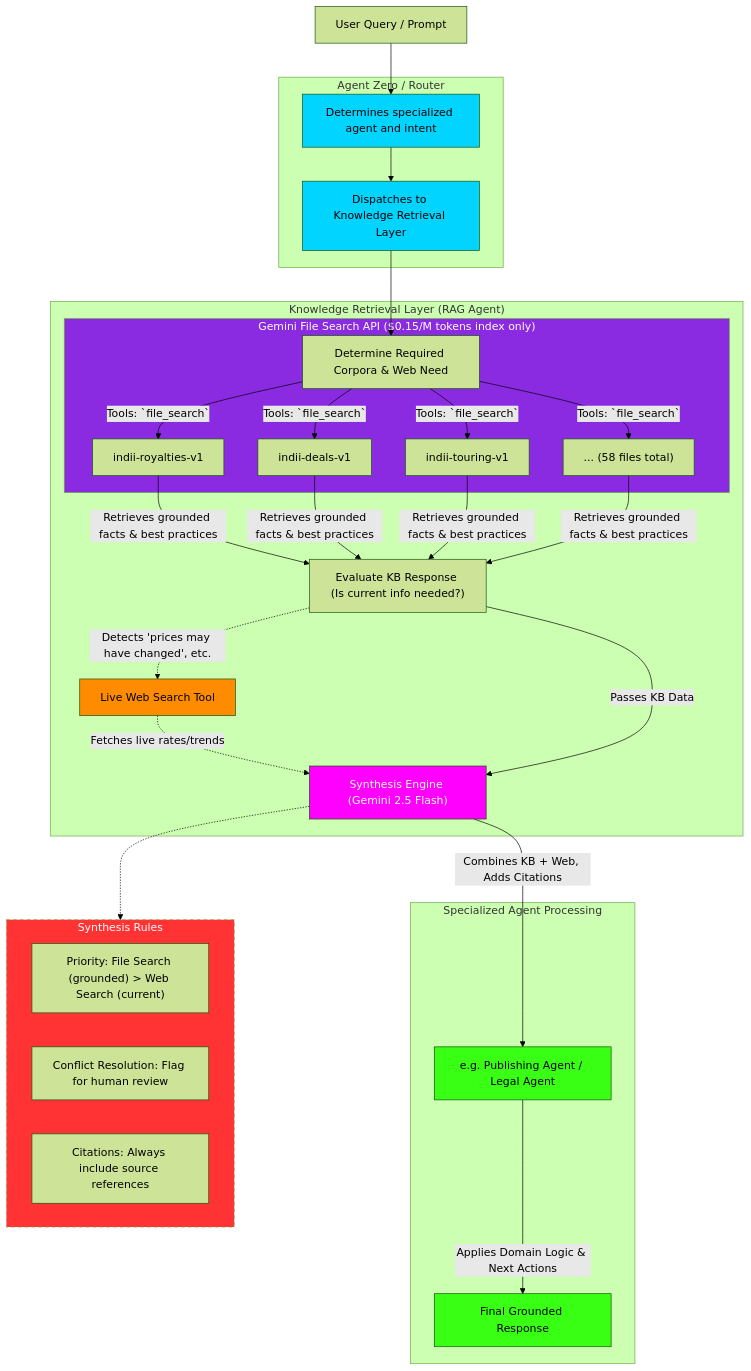
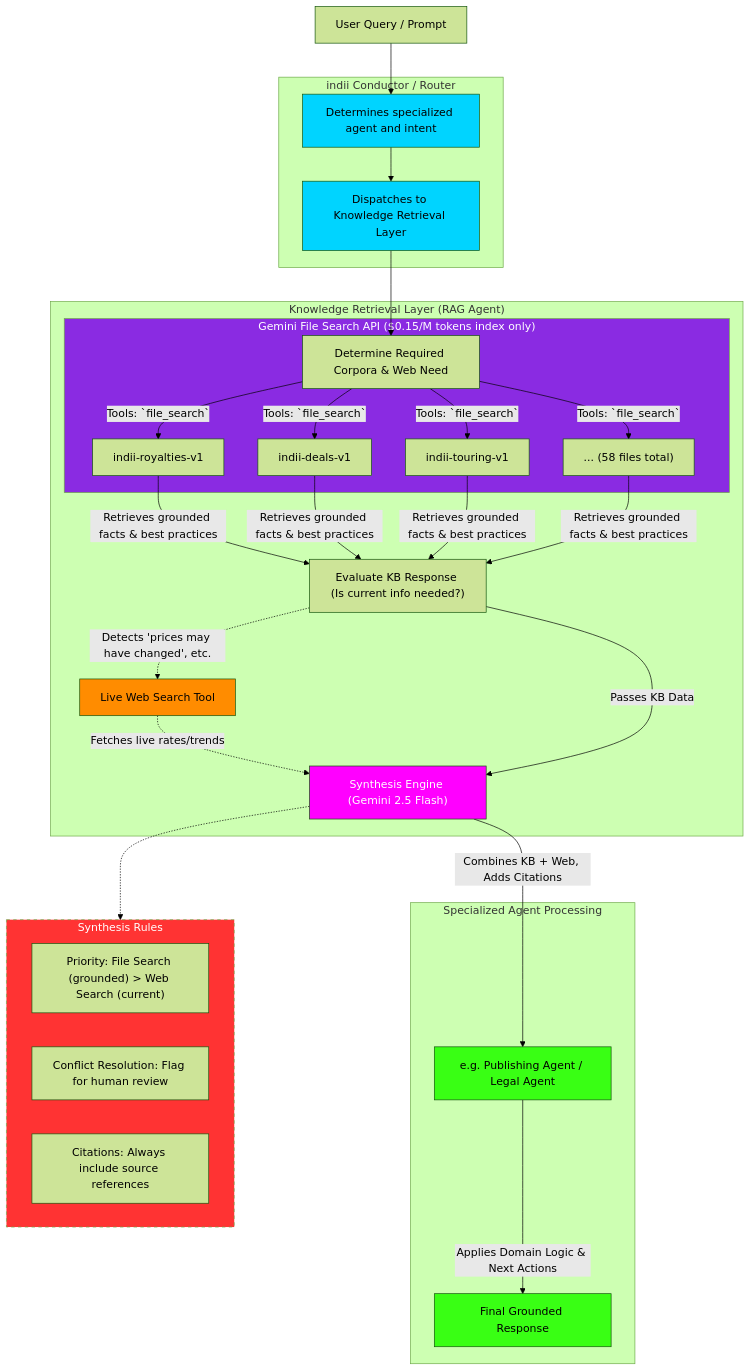
One commit to indii-music-founder/indii-music-founder changed the diagram in docs/flowcharts/file-search-rag.md. Above: the diagram before and after it, drawn with Mermaid (forest theme). The commit also changed other lines of this file and 2 other files, not shown here.

Commit message:
docs(flowcharts): rebuild entire-app architecture + fix stale orchestrator refs
- Rebuild entire-app-architecture.md against live codebase: indii Conductor
  (AgentGraphService DAG runner), AgentService, A2AClient, 15-agent swarm,
  Firebase Gen 2 backend, current model IDs (Gemini 3.1, Nano Banana, Veo 3.1,
  Gemini 2.5 Pro TTS), full color-coded layers + transition breakdown
- file-search-rag.md: "Agent Zero" -> "indii Conductor"
- audio-intelligence-flow.md: modules/music/ -> modules/tools/ (verified path)

All 43 flowcharts pass scripts/validate-flowcharts.js.

````diff
--- a/docs/flowcharts/file-search-rag.md
+++ b/docs/flowcharts/file-search-rag.md
@@ -5,75 +5,75 @@
 ```mermaid
 graph TD
     %% User Input
     UserQuery["User Query / Prompt"]
 
     %% Core Orchestration
-    subgraph Orchestration ["Agent Zero / Router"]
+    subgraph Orchestration ["indii Conductor / Router"]
         Router["Determines specialized agent and intent"]
         Dispatch["Dispatches to Knowledge Retrieval Layer"]
     end
 
     %% RAG System
     subgraph KnowledgeRetrieval ["Knowledge Retrieval Layer (RAG Agent)"]
         Options["Determine Required Corpora & Web Need"]
         
         %% Corpora
         subgraph FileSearch ["Gemini File Search API ($0.15/M tokens index only)"]
             Corpus1["indii-royalties-v1"]
             Corpus2["indii-deals-v1"]
             Corpus3["indii-touring-v1"]
             CorpusN["... (58 files total)"]
             
             Options -->|"Tools: `file_search`"| Corpus1 & Corpus2 & Corpus3 & CorpusN
         end
         
         %% Fallback / Hybrid
         WebSearch["Live Web Search Tool"]
         
         %% Synthesis
         Eval["Evaluate KB Response (Is current info needed?)"]
         SynthesisEngine["Synthesis Engine (Gemini 2.5 Flash)"]
     end
 
     %% Specialized Output
     subgraph OutputLayer ["Specialized Agent Processing"]
         Specialist["e.g. Publishing Agent / Legal Agent"]
         FinalResponse["Final Grounded Response"]
     end
 
     %% Transitions
     UserQuery --> Router
     Router --> Dispatch
     Dispatch --> Options
     
     Corpus1 & Corpus2 & Corpus3 & CorpusN -->|"Retrieves grounded facts & best practices"| Eval
     
     Eval -.->|"Detects 'prices may have changed', etc."| WebSearch
     WebSearch -.->|"Fetches live rates/trends"| SynthesisEngine
     
     Eval -->|"Passes KB Data"| SynthesisEngine
     
     SynthesisEngine -->|"Combines KB + Web, Adds Citations"| Specialist
     
     Specialist -->|"Applies Domain Logic & Next Actions"| FinalResponse
 
     %% Strict Rules
     subgraph Rules ["Synthesis Rules"]
         R1["Priority: File Search (grounded) > Web Search (current)"]
         R2["Conflict Resolution: Flag for human review"]
         R3["Citations: Always include source references"]
     end
     SynthesisEngine -.-> Rules
 
     %% Styling
     style Router fill:#00D4FF,color:#000
     style Dispatch fill:#00D4FF,color:#000
     
     style FileSearch fill:#8A2BE2,color:#FFF
     style WebSearch fill:#FF8C00,color:#000
     style SynthesisEngine fill:#FF00FF,color:#FFF
     
     style Specialist fill:#39FF14,color:#000
     style FinalResponse fill:#39FF14,color:#000
     style Rules fill:#FF3333,color:#FFF,stroke-dasharray: 5 5
 ```
````
